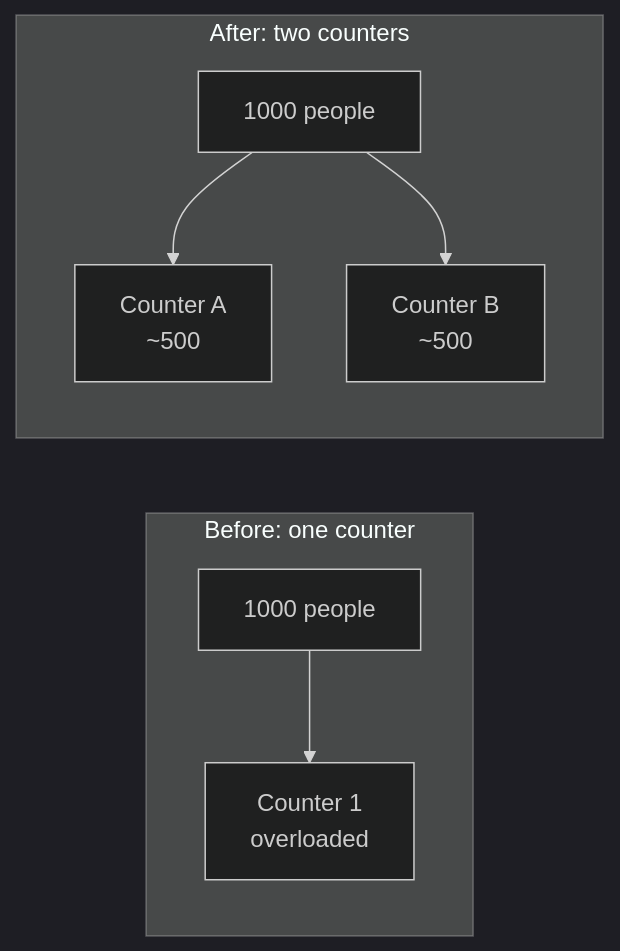
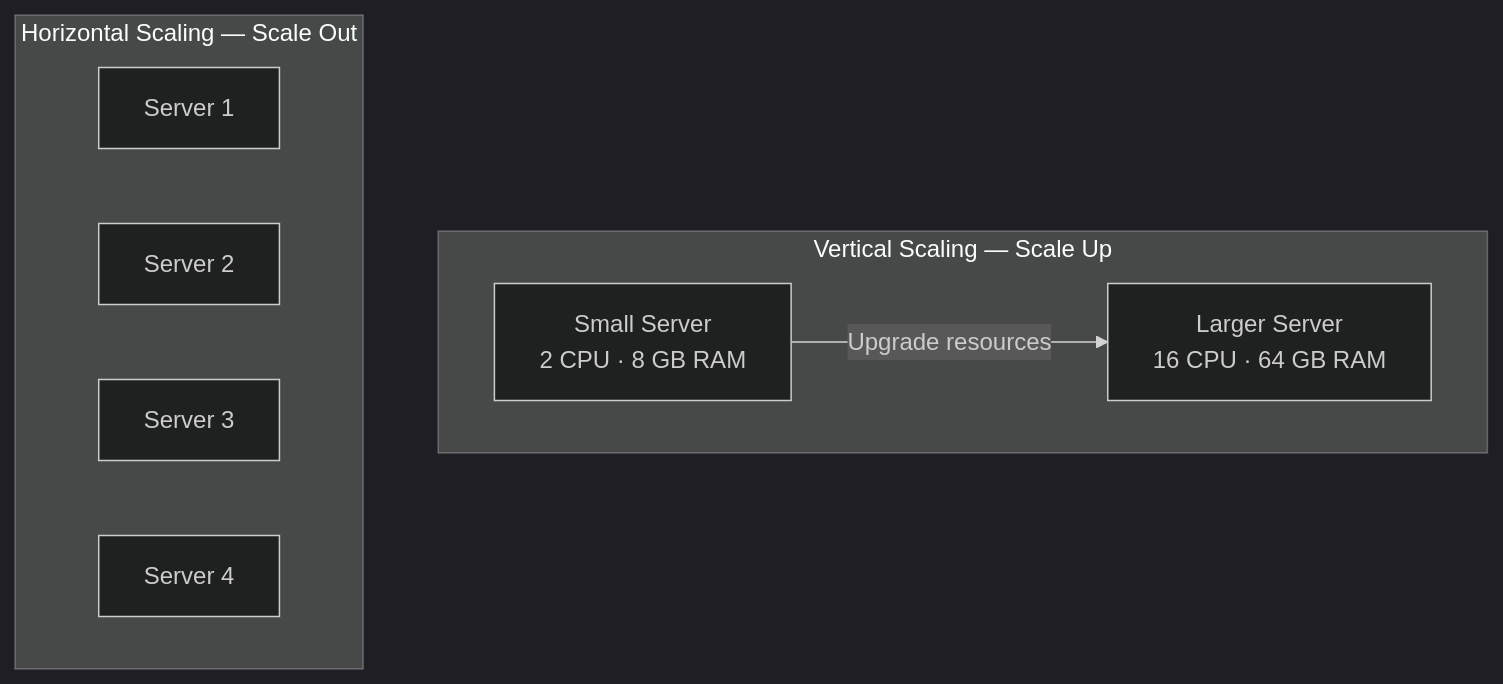
One commit to HARRISAMIN432/system-design-hld changed the first of 18 diagrams in 07_scaling_application_from_one_to_million_users/README.md. Above: the diagram before and after it, drawn with Mermaid (dark theme). The commit also changed other lines of this file and 11 other files, not shown here.

````diff
--- a/07_scaling_application_from_one_to_million_users/README.md
+++ b/07_scaling_application_from_one_to_million_users/README.md
@@ -48,10 +99,15 @@
 ```mermaid
-flowchart LR
-    subgraph Before["Before: one counter"]
-        U1["1000 people"] --> C1["Counter 1<br/>overloaded"]
+flowchart TB
+    subgraph V["Vertical Scaling — Scale Up"]
+        V1["Small Server<br/>2 CPU · 8 GB RAM"]
+        V2["Larger Server<br/>16 CPU · 64 GB RAM"]
+        V1 -->|"Upgrade resources"| V2
     end
-    subgraph After["After: two counters"]
-        U2["1000 people"] --> C2["Counter A<br/>~500"]
-        U2 --> C3["Counter B<br/>~500"]
+
+    subgraph H["Horizontal Scaling — Scale Out"]
+        H1["Server 1"]
+        H2["Server 2"]
+        H3["Server 3"]
+        H4["Server 4"]
     end
 ```
````
